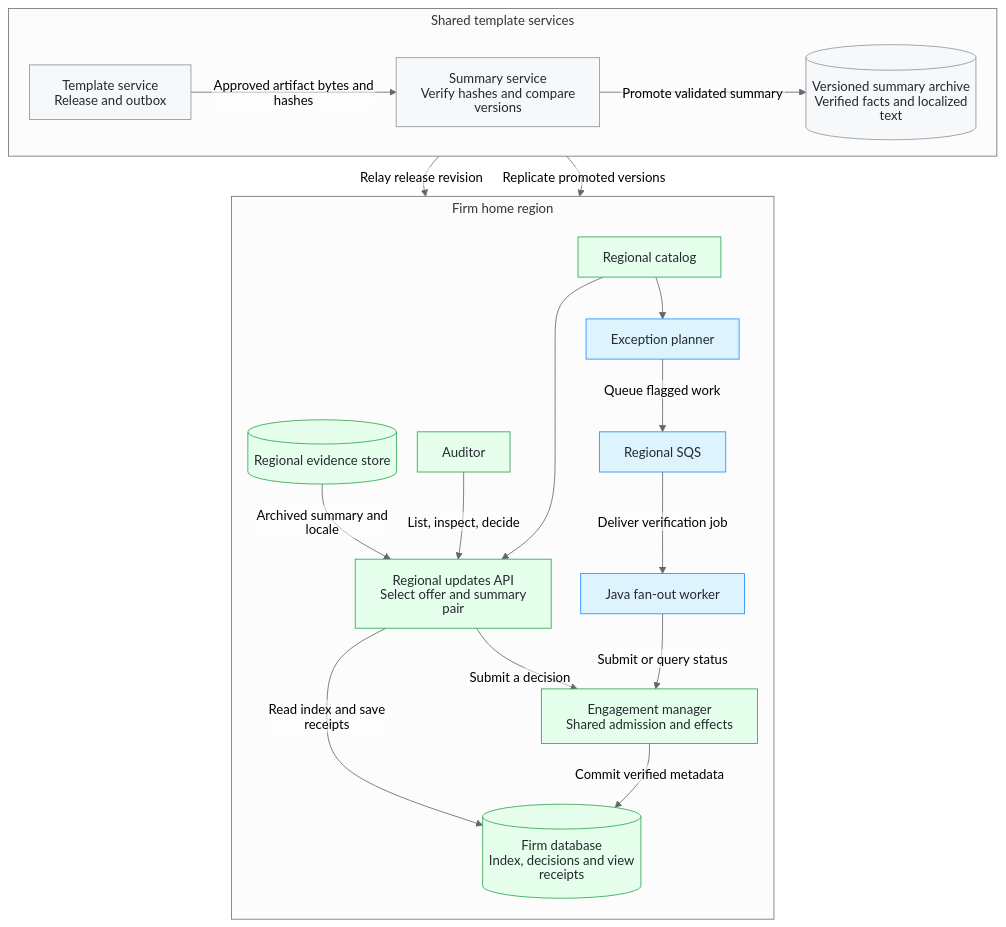
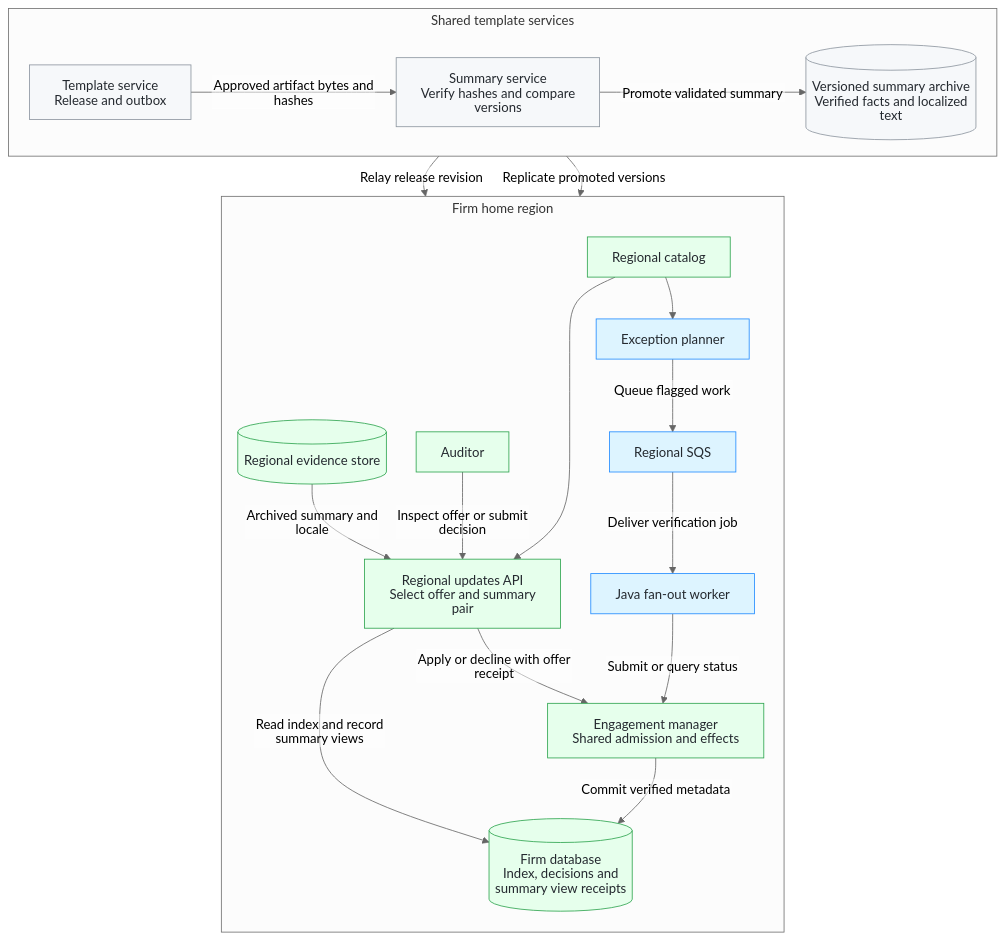
The first of 2 diagrams in docs/system-architecture.md (luisfm44/caseware-template-fanout-worker), drawn with Mermaid before and after one commit. The commit also changed other lines of this file and 8 other files, not shown here.

Commit message:
Align architecture diagrams and evidence with current main (#43)

````diff
--- a/docs/system-architecture.md
+++ b/docs/system-architecture.md
@@ -7,60 +7,60 @@
 ```mermaid
 ---
 config:
   theme: neutral
   htmlLabels: false
   flowchart:
     rankSpacing: 26
     nodeSpacing: 20
     wrappingWidth: 205
     subGraphTitleMargin:
       top: 4
       bottom: 20
 ---
 flowchart TB
     accTitle: Proposed regional system architecture
-    accDescr: The template service supplies approved artifact bytes and hashes to the summary service, which verifies and compares them before archiving localized summaries. The firm's updates API selects offers from regional release and engagement data and serves archived summaries with view receipts. A planner publishes verification jobs to regional SQS. The Java worker reconciles them through the engagement manager, which owns downstream admission and effects.
+    accDescr: The template service supplies approved artifact bytes and hashes to the summary service, which verifies and compares them before archiving localized summaries. The firm's updates API selects offers from regional release and engagement data. An offer receipt identifies the offer used for an apply or decline decision. A summary view receipt identifies the archived summary version shown. A planner publishes verification jobs to regional SQS. The Java worker reconciles them through the engagement manager, which owns downstream admission and effects.
 
     subgraph SHARED["Shared template services"]
         direction LR
         RELEASE["Template service<br/>Release and outbox"]
         SUMMARY["Summary service<br/>Verify hashes and compare versions"]
         ARCHIVE[("Versioned summary archive<br/>Verified facts and localized text")]
         RELEASE -->|"Approved artifact bytes and hashes"| SUMMARY
         SUMMARY -->|"Promote validated summary"| ARCHIVE
     end
 
     subgraph REGION["Firm home region"]
         direction TB
         CATALOG["Regional catalog"]
         EVIDENCE[("Regional evidence store")]
         API["Regional updates API<br/>Select offer and summary pair"]
         AUDITOR["Auditor"]
         PLANNER["Exception planner"]
         QUEUE["Regional SQS"]
         WORKER["Java fan-out worker"]
         MANAGER["Engagement manager<br/>Shared admission and effects"]
-        FIRM[("Firm database<br/>Index, decisions and view receipts")]
+        FIRM[("Firm database<br/>Index, decisions and summary view receipts")]
 
         CATALOG --> API
         EVIDENCE -->|"Archived summary and locale"| API
-        AUDITOR -->|"List, inspect, decide"| API
-        API -->|"Read index and save receipts"| FIRM
+        AUDITOR -->|"Inspect offer or submit decision"| API
+        API -->|"Read index and record summary views"| FIRM
         CATALOG --> PLANNER
         PLANNER -->|"Queue flagged work"| QUEUE
         QUEUE -->|"Deliver verification job"| WORKER
         WORKER -->|"Submit or query status"| MANAGER
-        API -->|"Submit a decision"| MANAGER
+        API -->|"Apply or decline with offer receipt"| MANAGER
         MANAGER -->|"Commit verified metadata"| FIRM
     end
 
     RELEASE -->|"Relay release revision"| CATALOG
     ARCHIVE -->|"Replicate promoted versions"| EVIDENCE
 
     classDef shared fill:#f6f8fa,stroke:#8c959f,color:#24292f
     classDef regional fill:#e6ffec,stroke:#2da44e,color:#24292f
     classDef background fill:#ddf4ff,stroke:#218bff,color:#24292f
     class RELEASE,SUMMARY,ARCHIVE shared
     class CATALOG,EVIDENCE,API,AUDITOR,MANAGER,FIRM regional
     class PLANNER,QUEUE,WORKER background
 ```
````
